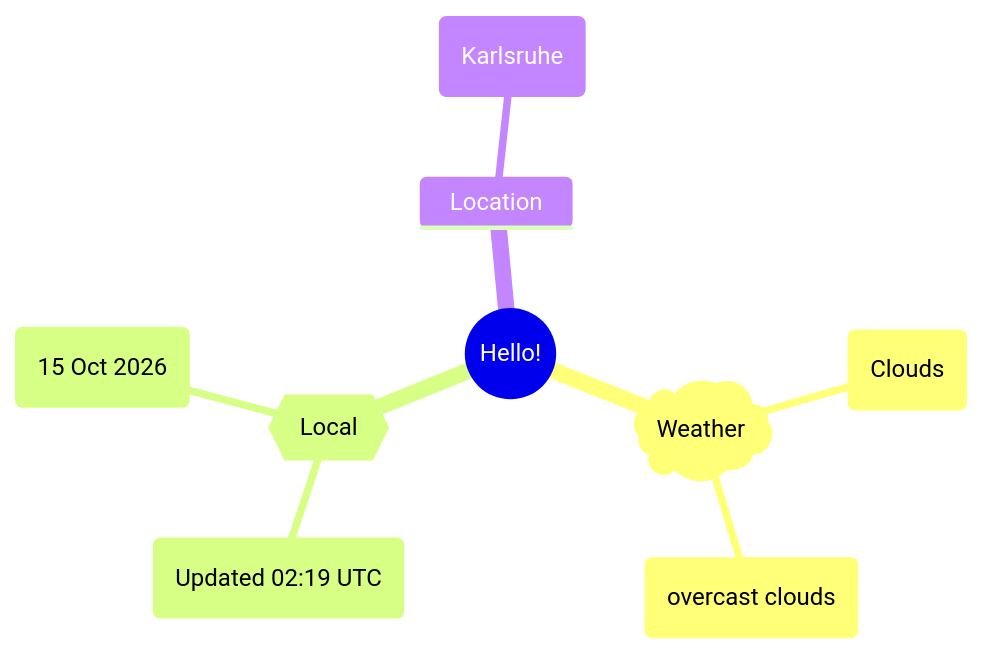
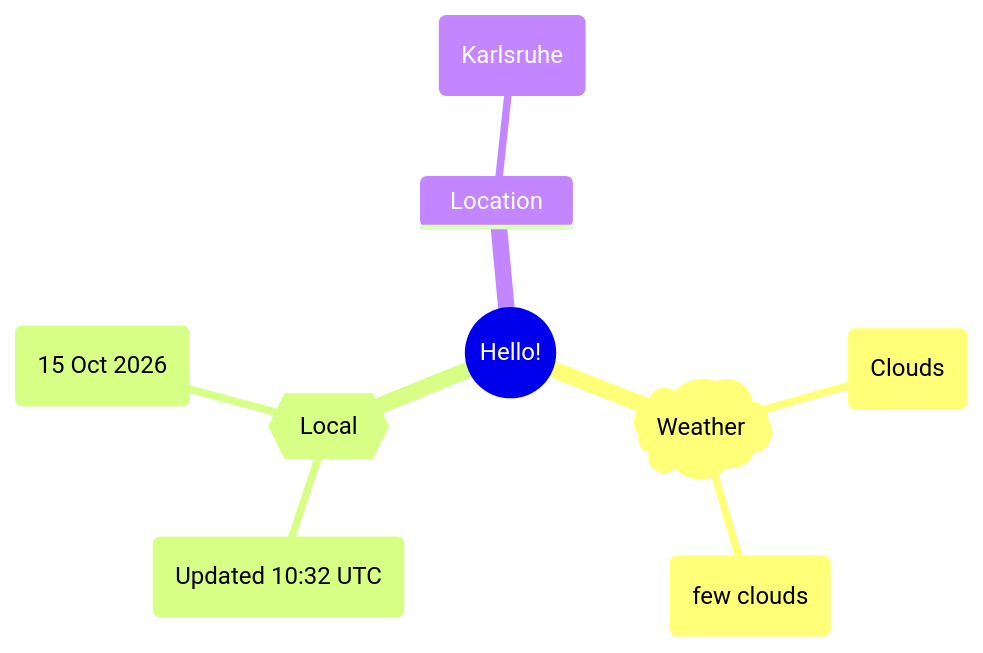
One commit to Xosrov/Xosrov changed the first of 2 diagrams in README.md. Above: the diagram before and after it, drawn with Mermaid.

Commit message:
[bot] updated images

````diff
--- a/README.md
+++ b/README.md
@@ -3,12 +3,12 @@
 ```mermaid
 mindmap
   root((Hello!))
     )Weather(
         (Clouds)
-        (overcast clouds)
+        (few clouds)
     {{Local}}
-        (Updated 02:19 UTC)
+        (Updated 10:32 UTC)
         (15 Oct 2026)
     Location
         (Karlsruhe)
 ```
````
